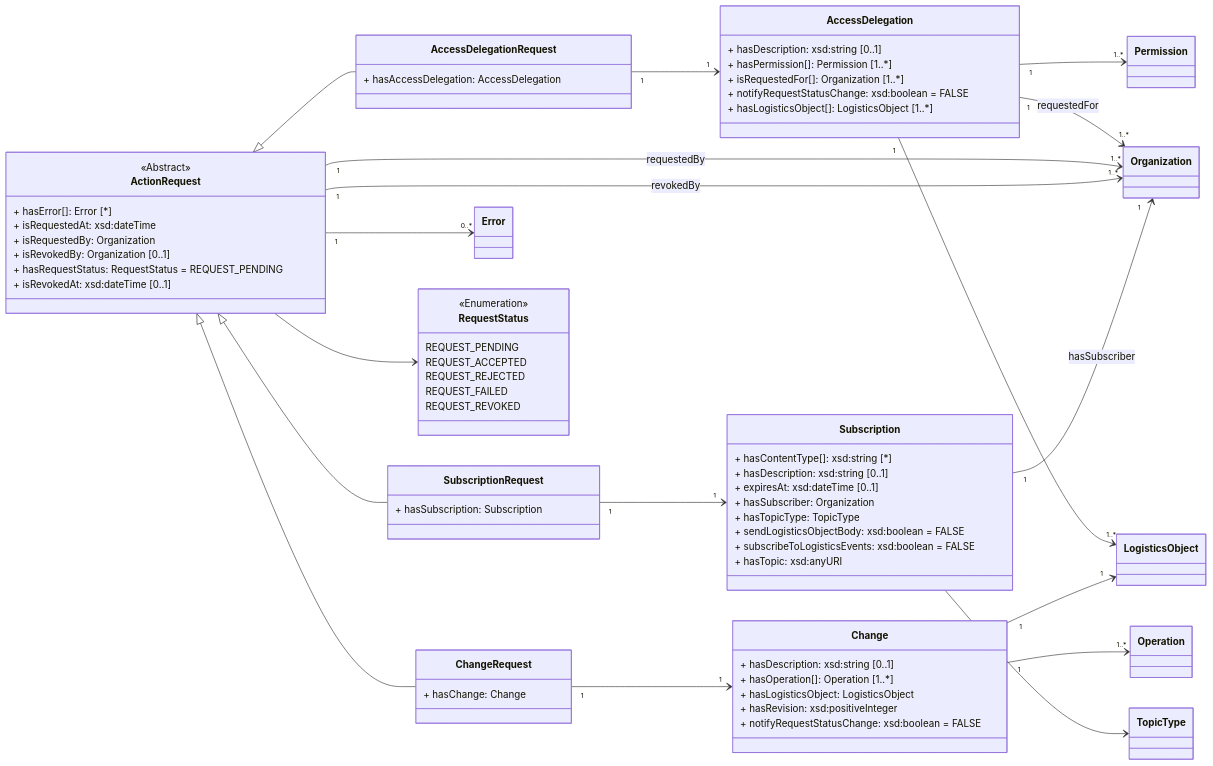
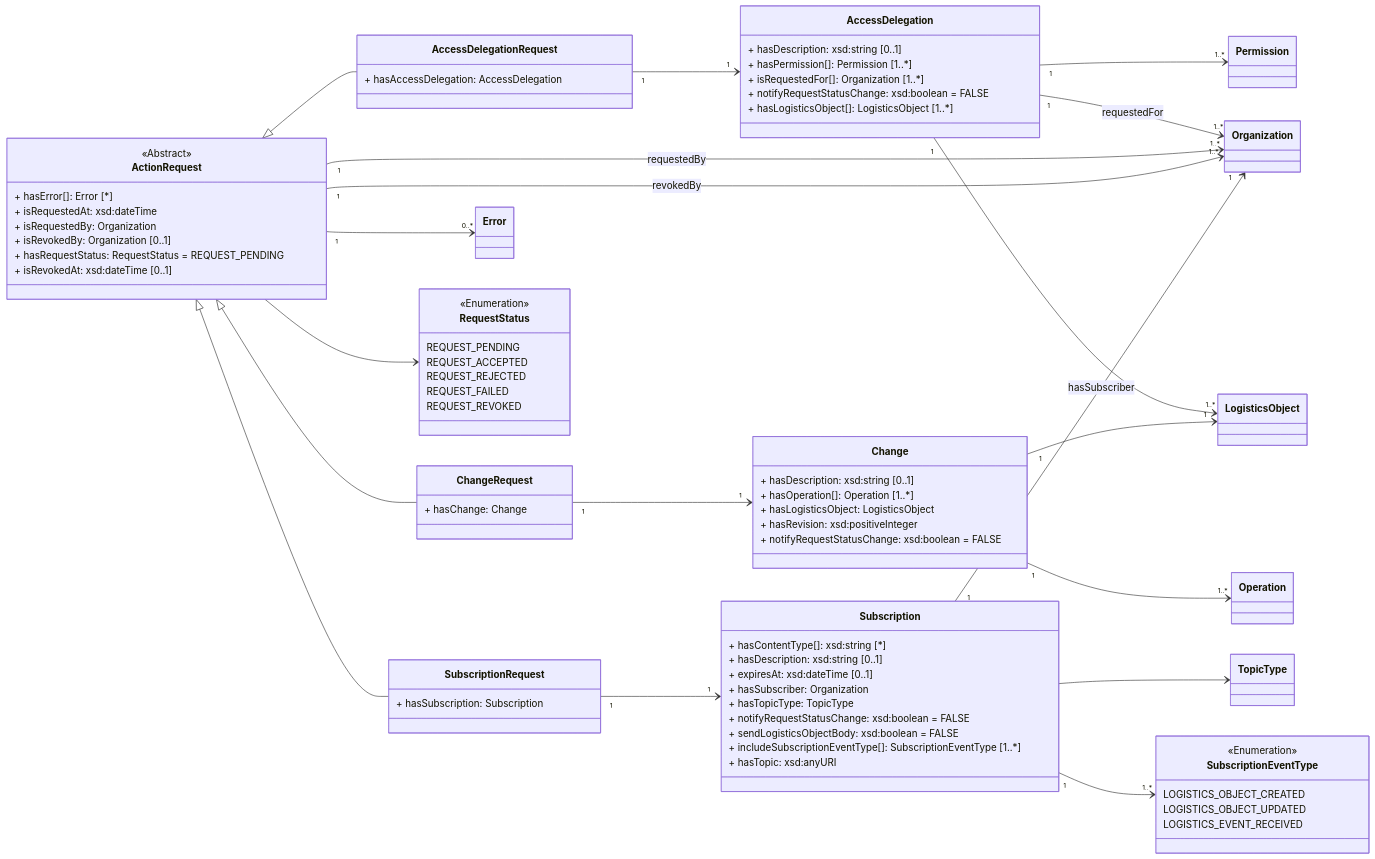
One commit to IATA-Cargo/ONE-Record changed the second of 2 diagrams in working_draft/API/docs/action-requests.md. Above: the diagram before and after it, drawn with Mermaid. The commit also changed other lines of this file and 41 other files, not shown here.

````diff
--- a/working_draft/API/docs/action-requests.md
+++ b/working_draft/API/docs/action-requests.md
@@ -115,13 +115,15 @@
         + hasDescription: xsd:string [0..1]
         + expiresAt: xsd:dateTime [0..1]                                
         + hasSubscriber: Organization        
-        + hasTopicType: TopicType        
+        + hasTopicType: TopicType
+        + notifyRequestStatusChange: xsd:boolean = FALSE          
         + sendLogisticsObjectBody: xsd:boolean = FALSE        
-        + subscribeToLogisticsEvents: xsd:boolean = FALSE
+        + includeSubscriptionEventType[]: SubscriptionEventType [1..*]
         + hasTopic: xsd:anyURI        
     }    
     Subscription "1" --> "1" Organization: hasSubscriber
     Subscription --> TopicType
+    Subscription "1" --> "1..*" SubscriptionEventType
 
     class RequestStatus{
         <<Enumeration>>
@@ -131,4 +133,12 @@
         REQUEST_FAILED
         REQUEST_REVOKED        
     }
+
+    class SubscriptionEventType{
+        <<Enumeration>>
+        LOGISTICS_OBJECT_CREATED
+        LOGISTICS_OBJECT_UPDATED
+
+        LOGISTICS_EVENT_RECEIVED
+    }
 ```
````
